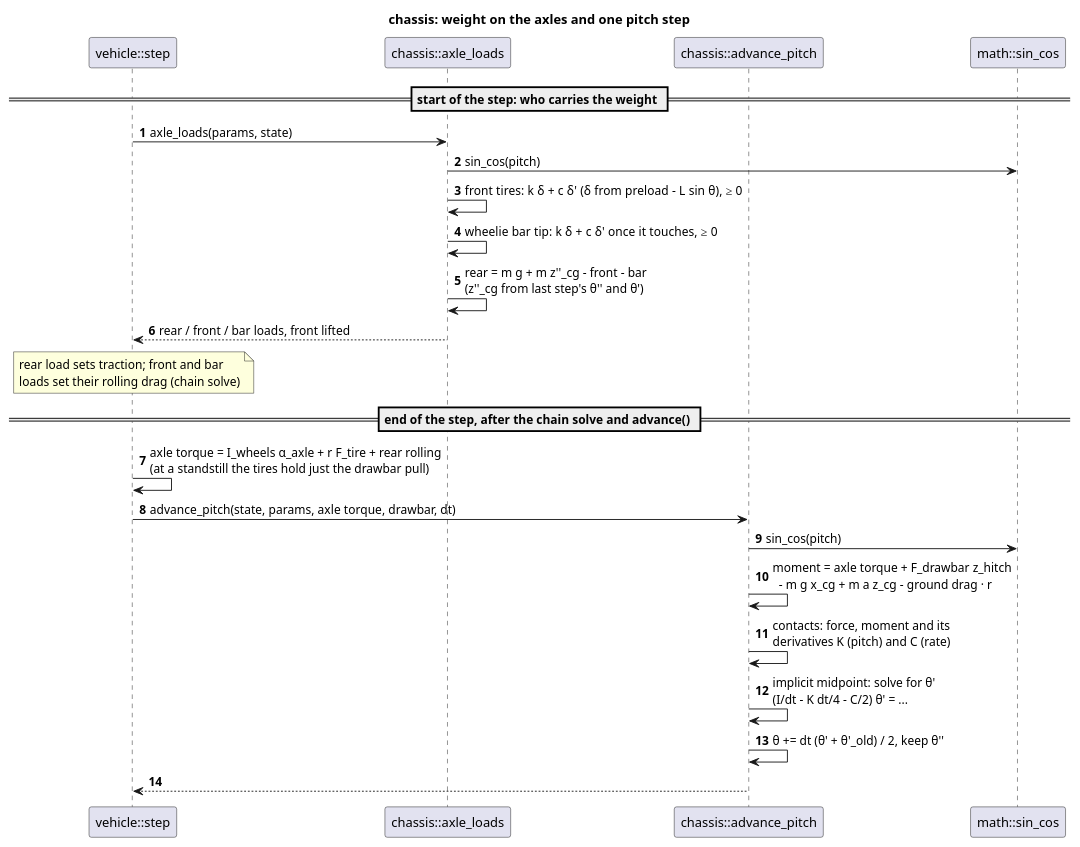
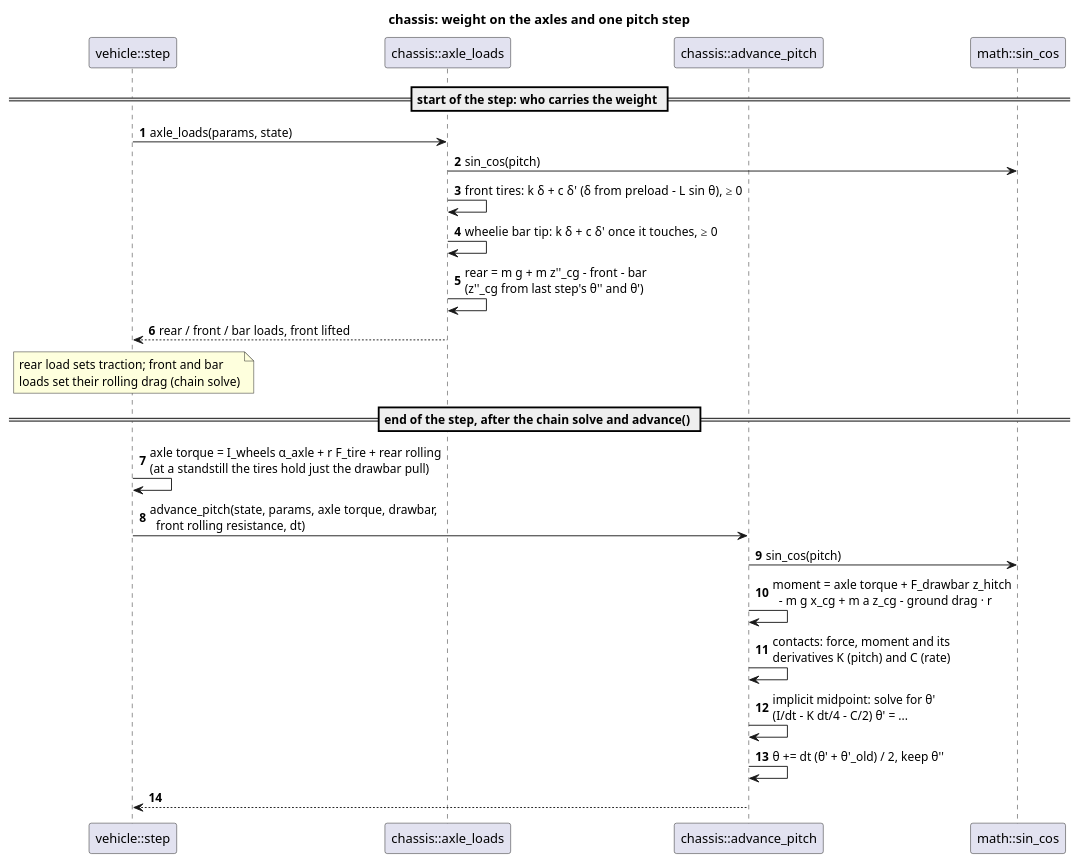
The diagram in docs/diagrams/pitch_step_sequence.puml (wversteeg/TractorPulling), drawn with PlantUML before and after one commit. The commit also changed 52 other files, not shown here.

```diff
--- a/docs/diagrams/pitch_step_sequence.puml
+++ b/docs/diagrams/pitch_step_sequence.puml
@@ -1,30 +1,30 @@
 @startuml pitch_step_sequence
 title chassis: weight on the axles and one pitch step
 autonumber
 participant "vehicle::step" as Step
 participant "chassis::axle_loads" as Loads
 participant "chassis::advance_pitch" as Pitch
 participant "math::sin_cos" as Trig
 
 == start of the step: who carries the weight ==
 Step -> Loads : axle_loads(params, state)
 Loads -> Trig : sin_cos(pitch)
 Loads -> Loads : front tires: k δ + c δ' (δ from preload - L sin θ), ≥ 0
 Loads -> Loads : wheelie bar tip: k δ + c δ' once it touches, ≥ 0
 Loads -> Loads : rear = m g + m z''_cg - front - bar\n(z''_cg from last step's θ'' and θ')
 Loads --> Step : rear / front / bar loads, front lifted
 note over Step
   rear load sets traction; front and bar
   loads set their rolling drag (chain solve)
 end note
 
 == end of the step, after the chain solve and advance() ==
 Step -> Step : axle torque = I_wheels α_axle + r F_tire + rear rolling\n(at a standstill the tires hold just the drawbar pull)
-Step -> Pitch : advance_pitch(state, params, axle torque, drawbar, dt)
+Step -> Pitch : advance_pitch(state, params, axle torque, drawbar,\n  front rolling resistance, dt)
 Pitch -> Trig : sin_cos(pitch)
 Pitch -> Pitch : moment = axle torque + F_drawbar z_hitch\n  - m g x_cg + m a z_cg - ground drag · r
 Pitch -> Pitch : contacts: force, moment and its\nderivatives K (pitch) and C (rate)
 Pitch -> Pitch : implicit midpoint: solve for θ'\n(I/dt - K dt/4 - C/2) θ' = ...
 Pitch -> Pitch : θ += dt (θ' + θ'_old) / 2, keep θ''
 Pitch --> Step
 @enduml
```
